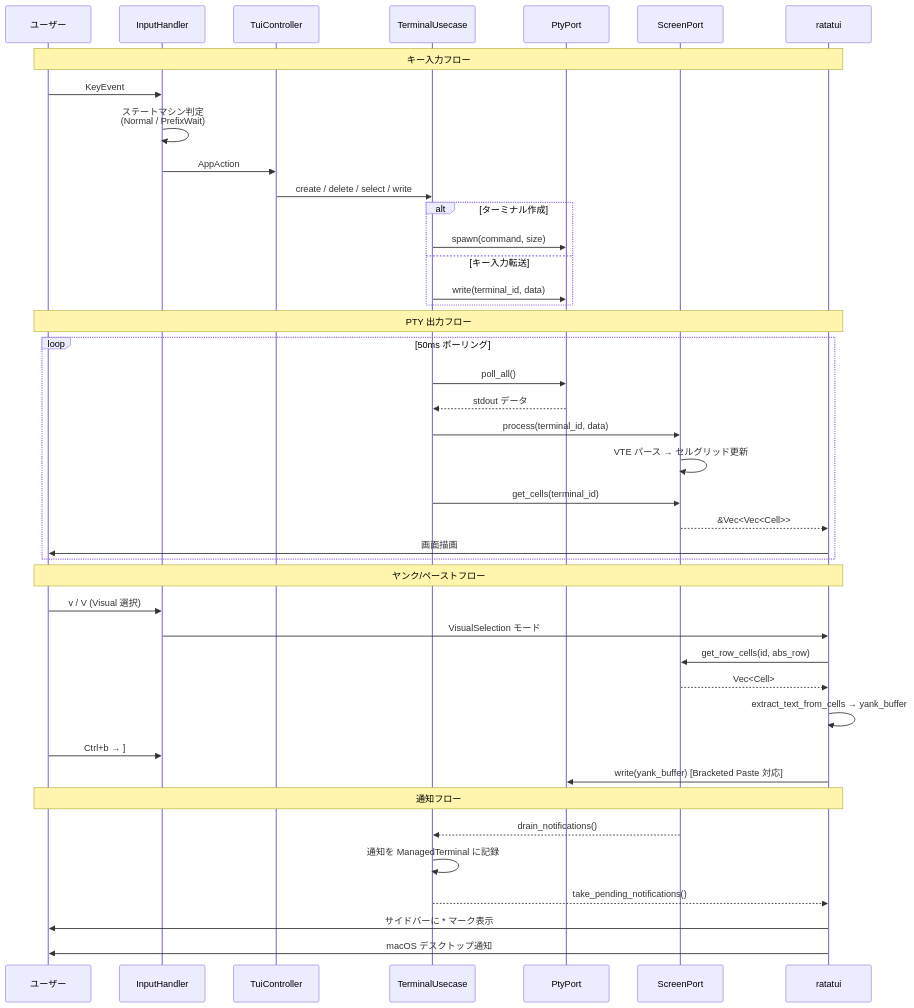
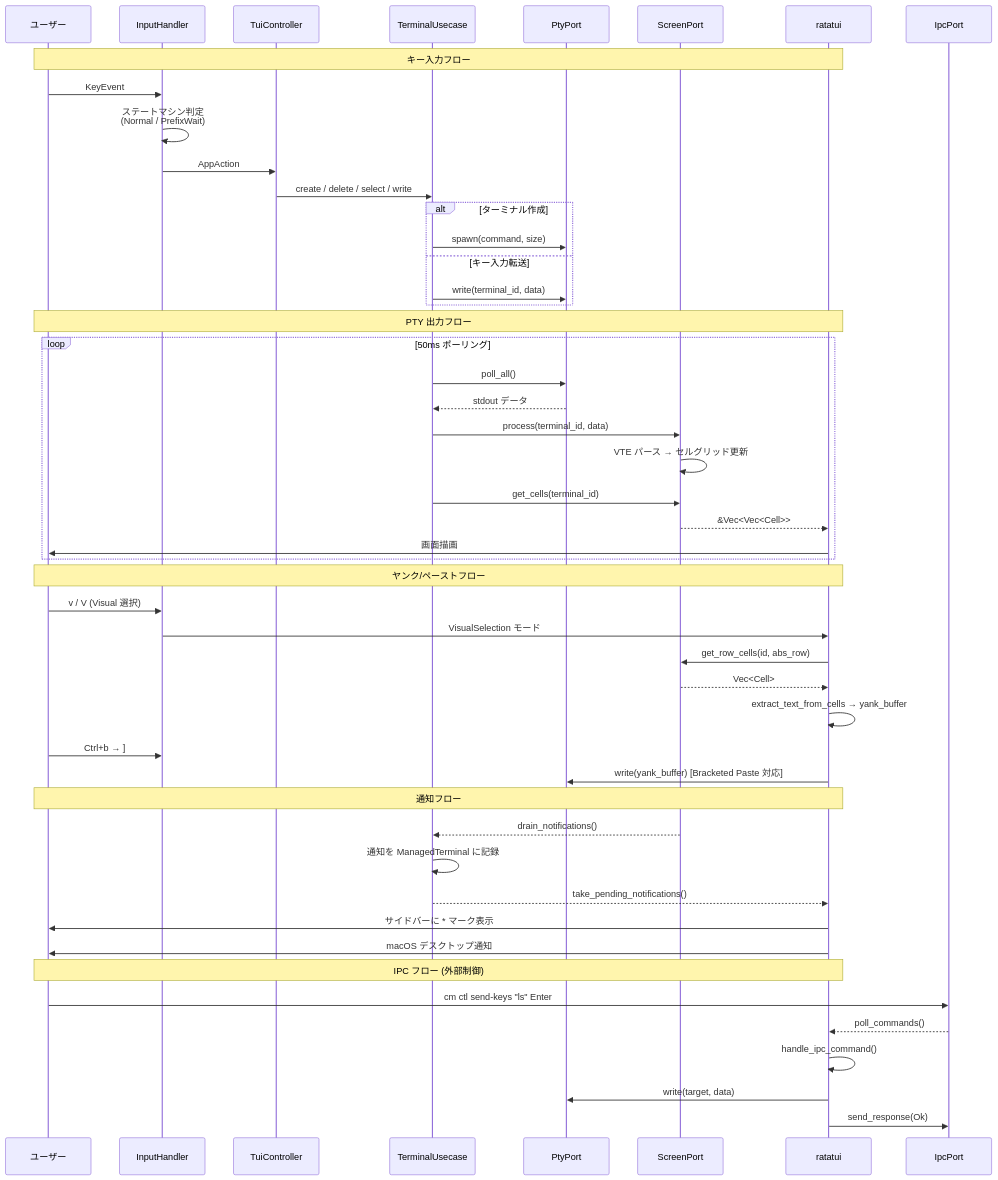
Before and after one commit to Kobayashi-takumi/cli-manager: the fifth of 6 diagrams in README.md, drawn with Mermaid. The commit also changed other lines of this file and 19 other files, not shown here.

````diff
--- a/README.md
+++ b/README.md
@@ -446,49 +461,57 @@
 ```mermaid
 sequenceDiagram
     participant User as ユーザー
     participant Input as InputHandler
     participant Ctrl as TuiController
     participant UC as TerminalUsecase
     participant PTY as PtyPort
     participant Screen as ScreenPort
     participant TUI as ratatui
 
     Note over User,TUI: キー入力フロー
     User->>Input: KeyEvent
     Input->>Input: ステートマシン判定<br/>(Normal / PrefixWait)
     Input->>Ctrl: AppAction
     Ctrl->>UC: create / delete / select / write
 
     alt ターミナル作成
         UC->>PTY: spawn(command, size)
     else キー入力転送
         UC->>PTY: write(terminal_id, data)
     end
 
     Note over User,TUI: PTY 出力フロー
     loop 50ms ポーリング
         UC->>PTY: poll_all()
         PTY-->>UC: stdout データ
         UC->>Screen: process(terminal_id, data)
         Screen->>Screen: VTE パース → セルグリッド更新
         UC->>Screen: get_cells(terminal_id)
         Screen-->>TUI: &Vec<Vec<Cell>>
         TUI->>User: 画面描画
     end
 
     Note over User,TUI: ヤンク/ペーストフロー
     User->>Input: v / V (Visual 選択)
     Input->>TUI: VisualSelection モード
     TUI->>Screen: get_row_cells(id, abs_row)
     Screen-->>TUI: Vec<Cell>
     TUI->>TUI: extract_text_from_cells → yank_buffer
     User->>Input: Ctrl+b → ]
     TUI->>PTY: write(yank_buffer) [Bracketed Paste 対応]
 
     Note over User,TUI: 通知フロー
     Screen-->>UC: drain_notifications()
     UC->>UC: 通知を ManagedTerminal に記録
     UC-->>TUI: take_pending_notifications()
     TUI->>User: サイドバーに * マーク表示
     TUI->>User: macOS デスクトップ通知
+
+    Note over User,TUI: IPC フロー (外部制御)
+    participant IPC as IpcPort
+    User->>IPC: cm ctl send-keys "ls" Enter
+    IPC-->>TUI: poll_commands()
+    TUI->>TUI: handle_ipc_command()
+    TUI->>PTY: write(target, data)
+    TUI->>IPC: send_response(Ok)
 ```
````
